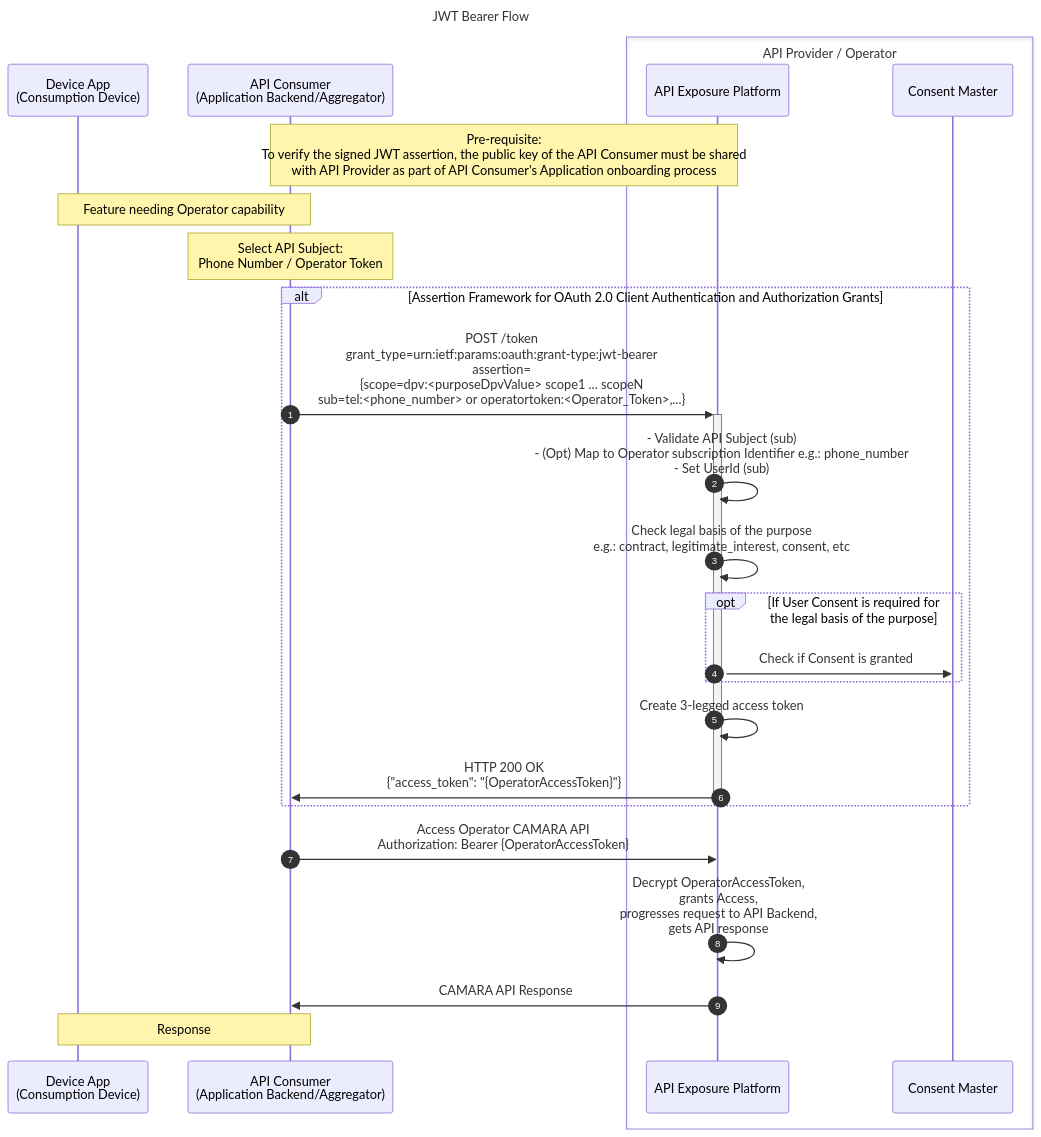
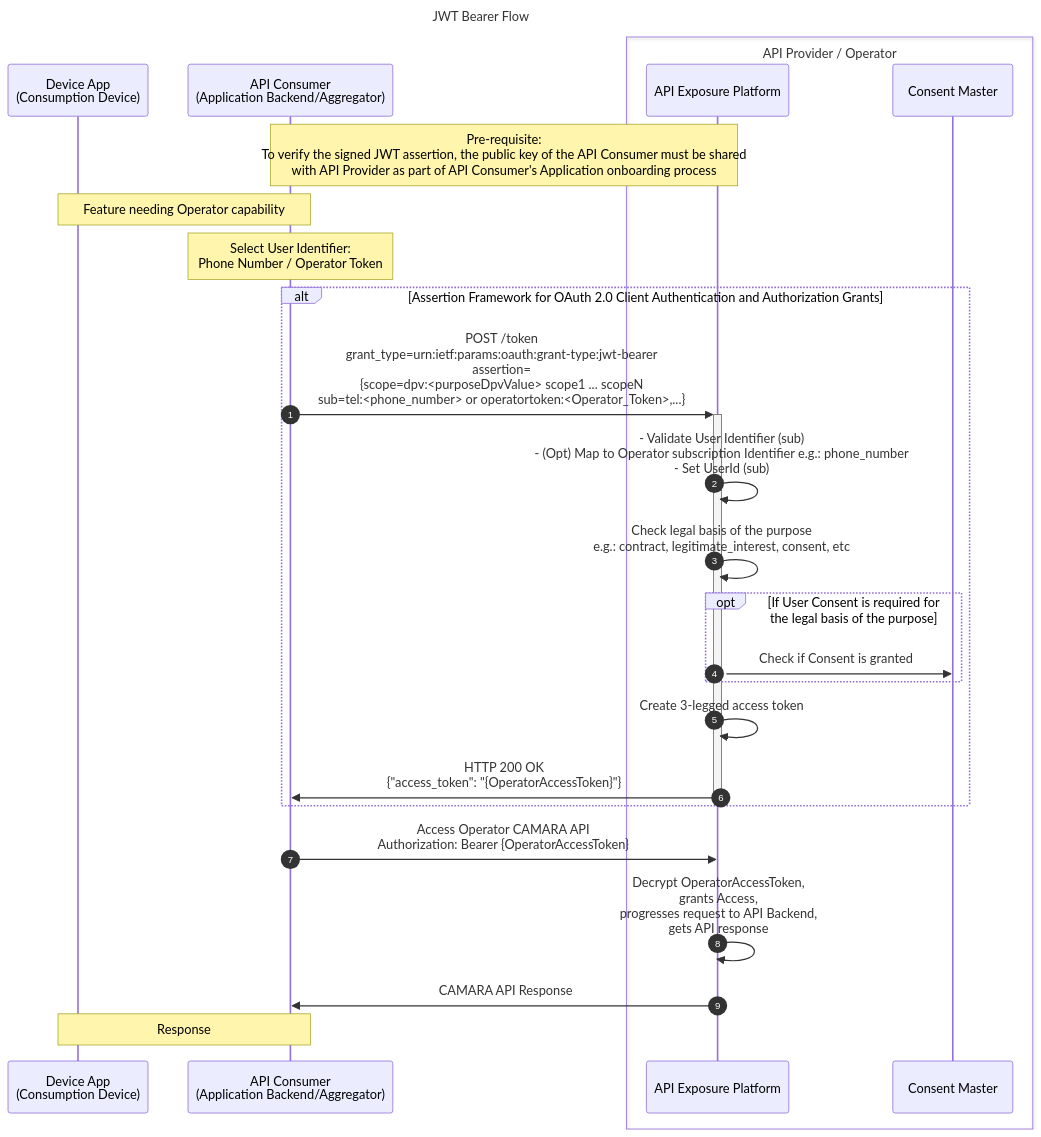
One commit to camaraproject/IdentityAndConsentManagement changed the fourth of 4 diagrams in documentation/CAMARA-API-access-and-user-consent.md. Above: the diagram before and after it, drawn with Mermaid. The commit also changed other lines of this file, not shown here.

Commit message:
API subject term revert

````diff
--- a/documentation/CAMARA-API-access-and-user-consent.md
+++ b/documentation/CAMARA-API-access-and-user-consent.md
@@ -355,29 +355,29 @@
 ```mermaid
 sequenceDiagram
 autonumber
 title JWT Bearer Flow
 participant FE as Device App<br>(Consumption Device)
 participant BE as API Consumer<br>(Application Backend/Aggregator)
 box API Provider / Operator
   participant ExpO as API Exposure Platform  
   participant Consent as Consent Master
 end
 Note over BE,ExpO: Pre-requisite:<br> To verify the signed JWT assertion, the public key of the API Consumer must be shared<br> with API Provider as part of API Consumer's Application onboarding process
 Note over FE,BE: Feature needing Operator capability  
-Note over BE: Select API Subject:<br> Phone Number / Operator Token
+Note over BE: Select User Identifier:<br> Phone Number / Operator Token
 
 alt Assertion Framework for OAuth 2.0 Client Authentication and Authorization Grants
     BE->>+ExpO: POST /token<br>grant_type=urn:ietf:params:oauth:grant-type:jwt-bearer<br>assertion=<br>{scope=dpv:<purposeDpvValue> scope1 ... scopeN<br>sub=tel:<phone_number> or operatortoken:<Operator_Token>,...}
-    ExpO->>ExpO: - Validate API Subject (sub)<br>- (Opt) Map to Operator subscription Identifier e.g.: phone_number<br>- Set UserId (sub)
+    ExpO->>ExpO: - Validate User Identifier (sub)<br>- (Opt) Map to Operator subscription Identifier e.g.: phone_number<br>- Set UserId (sub)
     ExpO->>ExpO: Check legal basis of the purpose<br>e.g.: contract, legitimate_interest, consent, etc
     opt If User Consent is required for the legal basis of the purpose  
         ExpO->>Consent: Check if Consent is granted
     end
     ExpO->>ExpO: Create 3-legged access token
     ExpO->>-BE: HTTP 200 OK<br>{"access_token": "{OperatorAccessToken}"}
 end
 BE->>ExpO: Access Operator CAMARA API<br>Authorization: Bearer {OperatorAccessToken}    
 ExpO->>ExpO: Decrypt OperatorAccessToken,<br>grants Access,<br>progresses request to API Backend,<br>gets API response  
 ExpO->>BE: CAMARA API Response
 Note over BE,FE: Response
 ```
````
